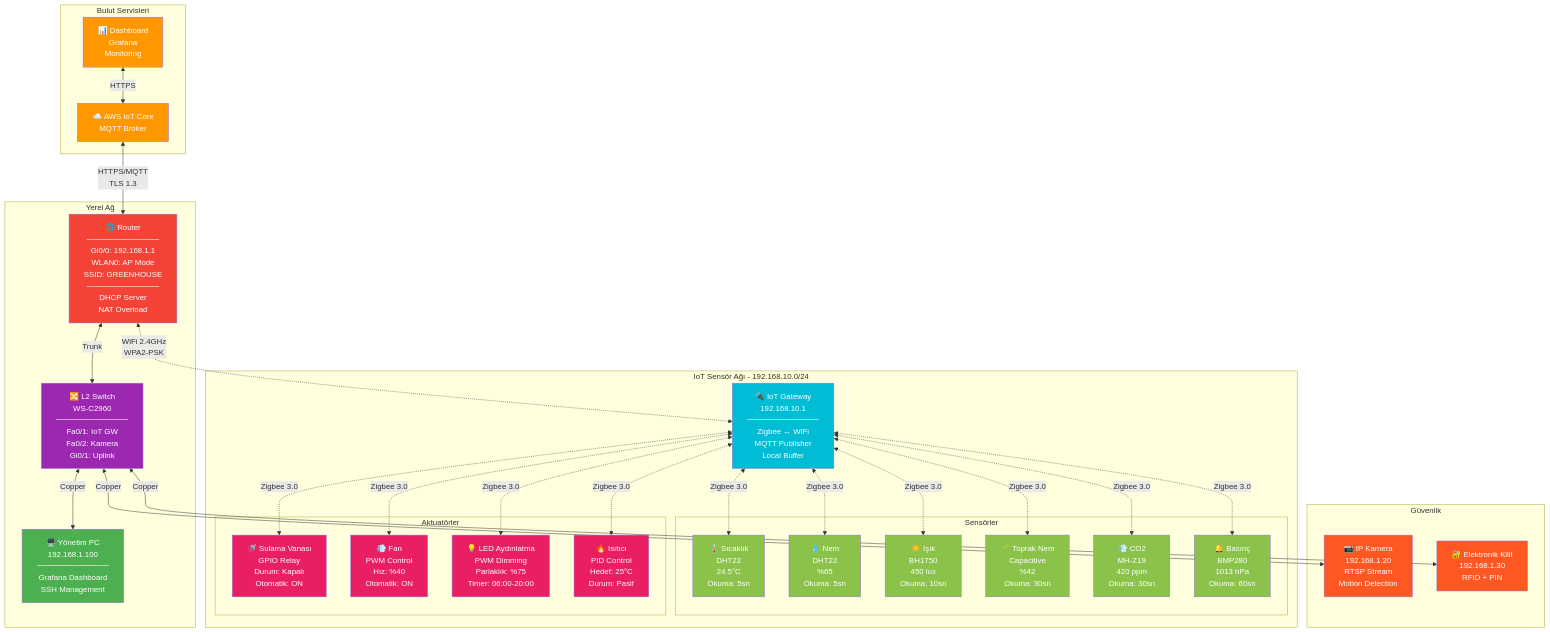
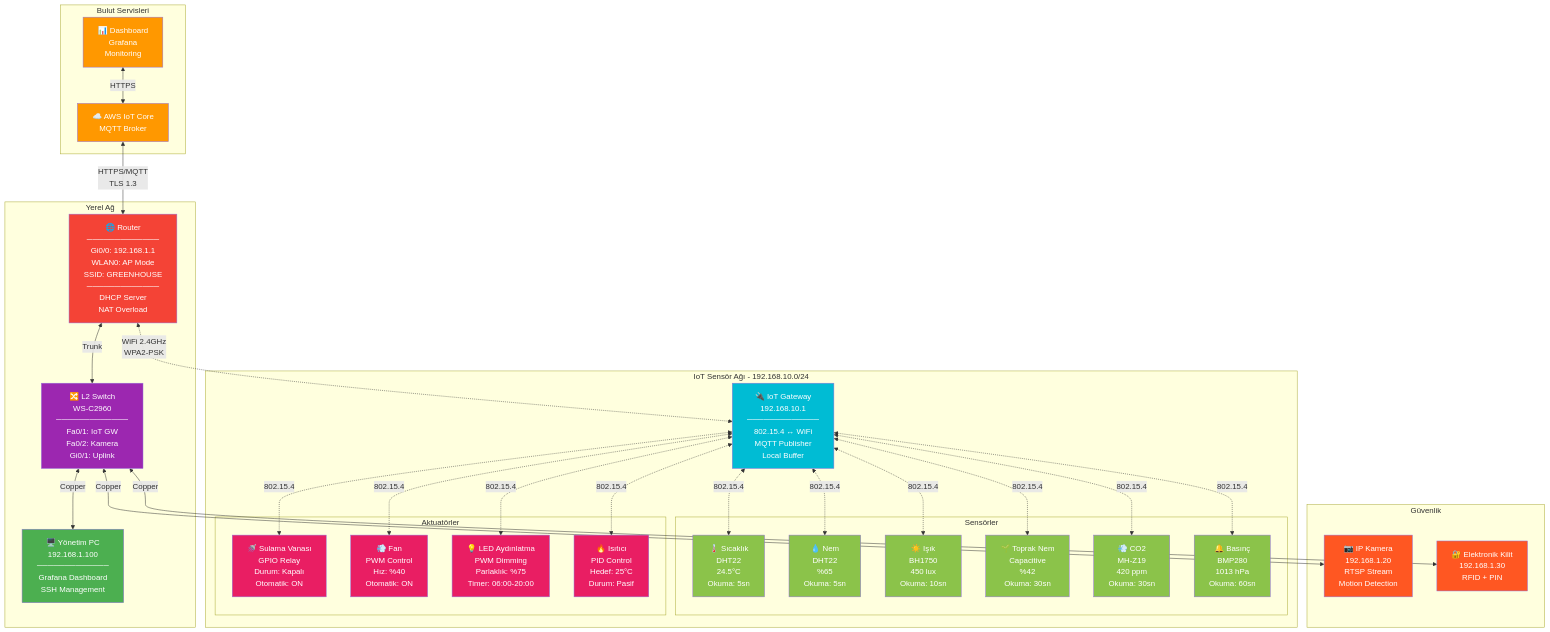
The sixth of 6 diagrams in examples/network-topology-visuals.md (tbagriyanik/NetworkSim2026), drawn with Mermaid before and after one commit. The commit also changed 2 other files, not shown here.

Commit message:
firma fix 2

````diff
--- a/examples/network-topology-visuals.md
+++ b/examples/network-topology-visuals.md
@@ -405,81 +405,81 @@
 ```mermaid
 graph TB
     subgraph "Bulut Servisleri"
         AWS["☁️ AWS IoT Core<br/>MQTT Broker"]
         DASH["📊 Dashboard<br/>Grafana<br/>Monitoring"]
     end
 
     subgraph "Yerel Ağ"
         ROUTER["🌐 Router<br/>─────────────<br/>Gi0/0: 192.168.1.1<br/>WLAN0: AP Mode<br/>SSID: GREENHOUSE<br/>─────────────<br/>DHCP Server<br/>NAT Overload"]
 
         SWITCH["🔀 L2 Switch<br/>WS-C2960<br/>─────────────<br/>Fa0/1: IoT GW<br/>Fa0/2: Kamera<br/>Gi0/1: Uplink"]
 
         PC["🖥️ Yönetim PC<br/>192.168.1.100<br/>─────────────<br/>Grafana Dashboard<br/>SSH Management"]
     end
 
     subgraph "IoT Sensör Ağı - 192.168.10.0/24"
-        IOT_GW["🔌 IoT Gateway<br/>192.168.10.1<br/>─────────────<br/>Zigbee ↔ WiFi<br/>MQTT Publisher<br/>Local Buffer"]
+        IOT_GW["🔌 IoT Gateway<br/>192.168.10.1<br/>─────────────<br/>802.15.4 ↔ WiFi<br/>MQTT Publisher<br/>Local Buffer"]
 
         subgraph "Sensörler"
             S1["🌡️ Sıcaklık<br/>DHT22<br/>24.5°C<br/>Okuma: 5sn"]
             S2["💧 Nem<br/>DHT22<br/>%65<br/>Okuma: 5sn"]
             S3["☀️ Işık<br/>BH1750<br/>450 lux<br/>Okuma: 10sn"]
             S4["🌱 Toprak Nem<br/>Capacitive<br/>%42<br/>Okuma: 30sn"]
             S5["💨 CO2<br/>MH-Z19<br/>420 ppm<br/>Okuma: 30sn"]
             S6["🔔 Basınç<br/>BMP280<br/>1013 hPa<br/>Okuma: 60sn"]
         end
 
         subgraph "Aktuatörler"
             A1["🚿 Sulama Vanası<br/>GPIO Relay<br/>Durum: Kapalı<br/>Otomatik: ON"]
             A2["💨 Fan<br/>PWM Control<br/>Hız: %40<br/>Otomatik: ON"]
             A3["💡 LED Aydınlatma<br/>PWM Dimming<br/>Parlaklık: %75<br/>Timer: 06:00-20:00"]
             A4["🔥 Isıtıcı<br/>PID Control<br/>Hedef: 25°C<br/>Durum: Pasif"]
         end
     end
 
     subgraph "Güvenlik"
         CAM["📷 IP Kamera<br/>192.168.1.20<br/>RTSP Stream<br/>Motion Detection"]
         LOCK["🔐 Elektronik Kilit<br/>192.168.1.30<br/>RFID + PIN"]
     end
 
     AWS <-->|"HTTPS/MQTT<br/>TLS 1.3"| ROUTER
     DASH <-->|"HTTPS"| AWS
 
     ROUTER <-->|"Trunk"| SWITCH
     SWITCH <-->|"Copper"| PC
     SWITCH <-->|"Copper"| CAM
     SWITCH <-->|"Copper"| LOCK
 
     ROUTER <-.->|"WiFi 2.4GHz<br/>WPA2-PSK"| IOT_GW
 
-    IOT_GW <-.->|"Zigbee 3.0"| S1
-    IOT_GW <-.->|"Zigbee 3.0"| S2
-    IOT_GW <-.->|"Zigbee 3.0"| S3
-    IOT_GW <-.->|"Zigbee 3.0"| S4
-    IOT_GW <-.->|"Zigbee 3.0"| S5
-    IOT_GW <-.->|"Zigbee 3.0"| S6
+    IOT_GW <-.->|"802.15.4"| S1
+    IOT_GW <-.->|"802.15.4"| S2
+    IOT_GW <-.->|"802.15.4"| S3
+    IOT_GW <-.->|"802.15.4"| S4
+    IOT_GW <-.->|"802.15.4"| S5
+    IOT_GW <-.->|"802.15.4"| S6
 
-    IOT_GW <-.->|"Zigbee 3.0"| A1
-    IOT_GW <-.->|"Zigbee 3.0"| A2
-    IOT_GW <-.->|"Zigbee 3.0"| A3
-    IOT_GW <-.->|"Zigbee 3.0"| A4
+    IOT_GW <-.->|"802.15.4"| A1
+    IOT_GW <-.->|"802.15.4"| A2
+    IOT_GW <-.->|"802.15.4"| A3
+    IOT_GW <-.->|"802.15.4"| A4
 
     style AWS fill:#FF9800,color:#fff
     style DASH fill:#FF9800,color:#fff
     style ROUTER fill:#F44336,color:#fff
     style SWITCH fill:#9C27B0,color:#fff
     style PC fill:#4CAF50,color:#fff
     style IOT_GW fill:#00BCD4,color:#fff
     style S1 fill:#8BC34A,color:#fff
     style S2 fill:#8BC34A,color:#fff
     style S3 fill:#8BC34A,color:#fff
     style S4 fill:#8BC34A,color:#fff
     style S5 fill:#8BC34A,color:#fff
     style S6 fill:#8BC34A,color:#fff
     style A1 fill:#E91E63,color:#fff
     style A2 fill:#E91E63,color:#fff
     style A3 fill:#E91E63,color:#fff
     style A4 fill:#E91E63,color:#fff
     style CAM fill:#FF5722,color:#fff
     style LOCK fill:#FF5722,color:#fff
 ```
````
